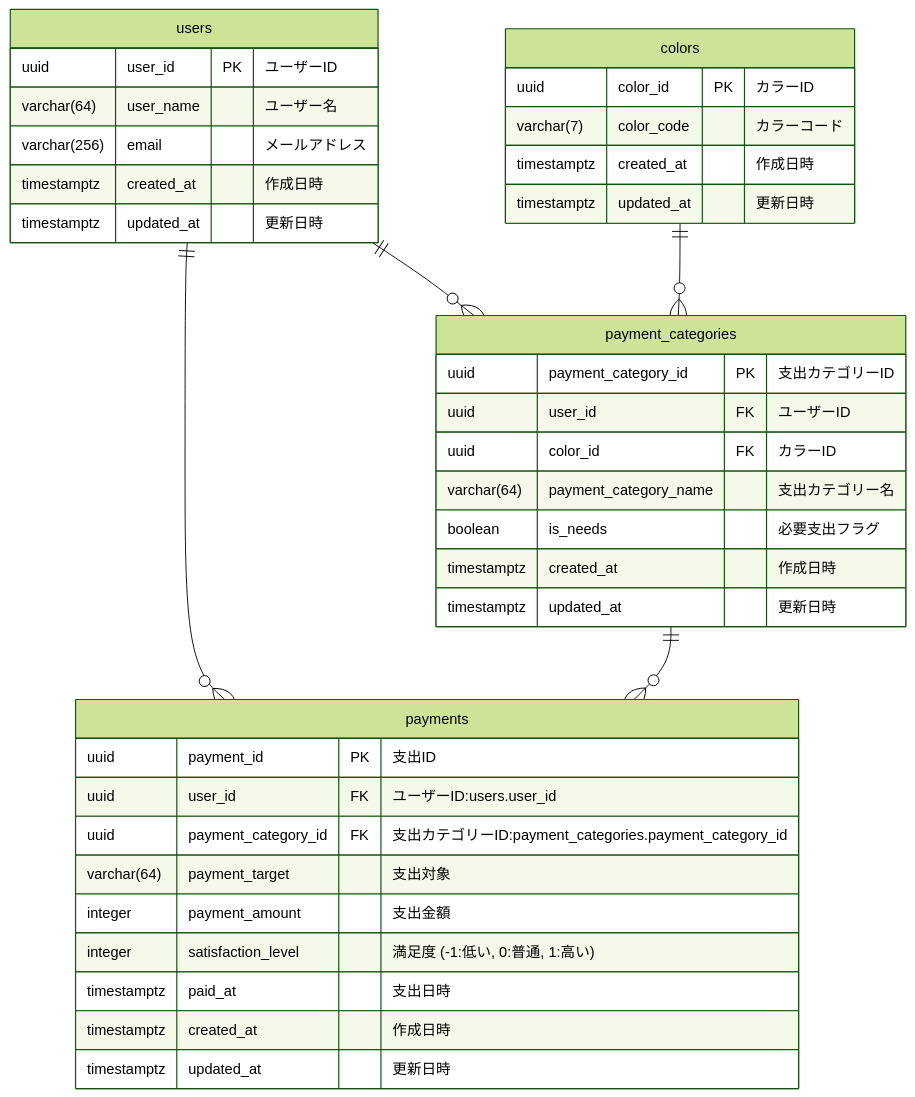
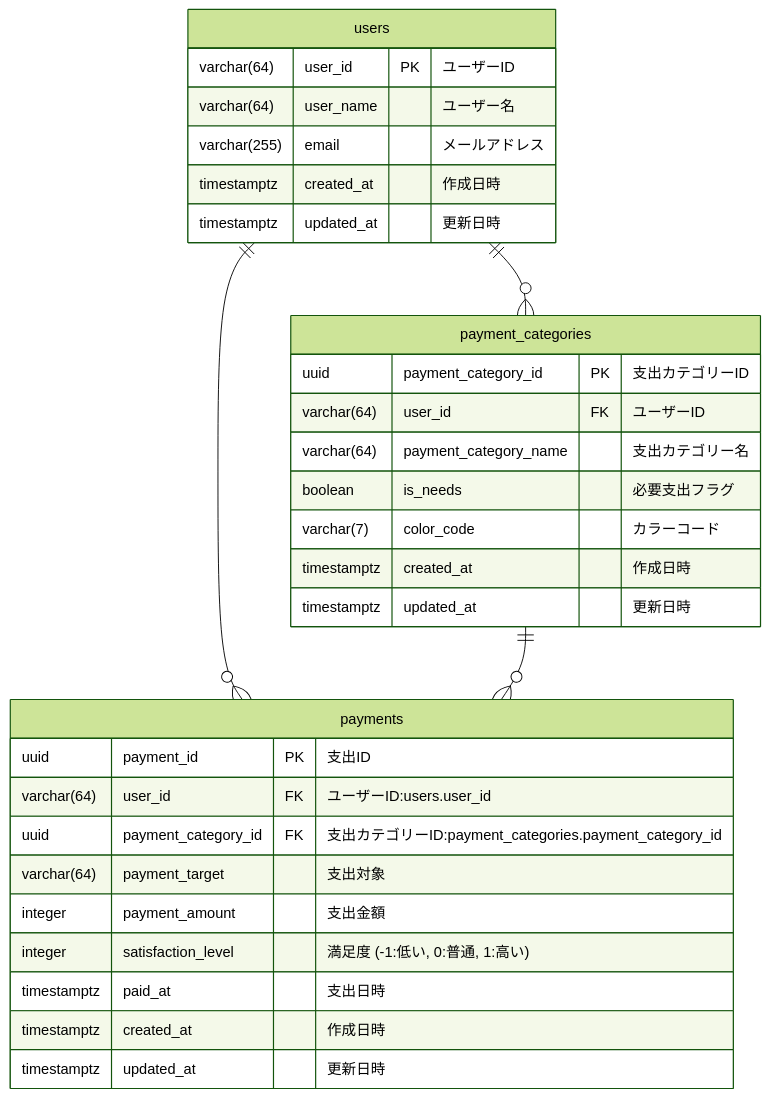
The diagram in docs/entity_relationship.md (kanaru-ssk/payment-manager), drawn with Mermaid (forest theme) before and after one commit. The commit also changed 7 other files, not shown here.

````diff
--- a/docs/entity_relationship.md
+++ b/docs/entity_relationship.md
@@ -3,44 +3,36 @@
 ```mermaid
 erDiagram
     users ||--o{ payments : ""
     users ||--o{ payment_categories : ""
-    colors ||--o{ payment_categories : ""
     payment_categories ||--o{ payments : ""
 
     users {
-        uuid user_id PK "ユーザーID"
+        varchar(64) user_id PK "ユーザーID"
         varchar(64) user_name "ユーザー名"
-        varchar(256) email "メールアドレス"
-        timestamptz created_at "作成日時"
-        timestamptz updated_at "更新日時"
-    }
-
-    colors {
-        uuid color_id PK "カラーID"
-        varchar(7) color_code "カラーコード"
+        varchar(255) email "メールアドレス"
         timestamptz created_at "作成日時"
         timestamptz updated_at "更新日時"
     }
 
     payment_categories {
         uuid payment_category_id PK "支出カテゴリーID"
-        uuid user_id FK "ユーザーID"
-        uuid color_id FK "カラーID"
+        varchar(64) user_id FK "ユーザーID"
         varchar(64)  payment_category_name "支出カテゴリー名"
         boolean is_needs "必要支出フラグ"
+        varchar(7) color_code "カラーコード"
         timestamptz created_at "作成日時"
         timestamptz updated_at "更新日時"
     }
 
     payments {
         uuid payment_id PK "支出ID"
-        uuid user_id FK "ユーザーID:users.user_id"
+        varchar(64) user_id FK "ユーザーID:users.user_id"
         uuid payment_category_id FK "支出カテゴリーID:payment_categories.payment_category_id"
         varchar(64) payment_target "支出対象"
         integer payment_amount "支出金額"
         integer satisfaction_level "満足度 (-1:低い, 0:普通, 1:高い)"
         timestamptz paid_at "支出日時"
         timestamptz created_at "作成日時"
         timestamptz updated_at "更新日時"
     }
 ```
````
